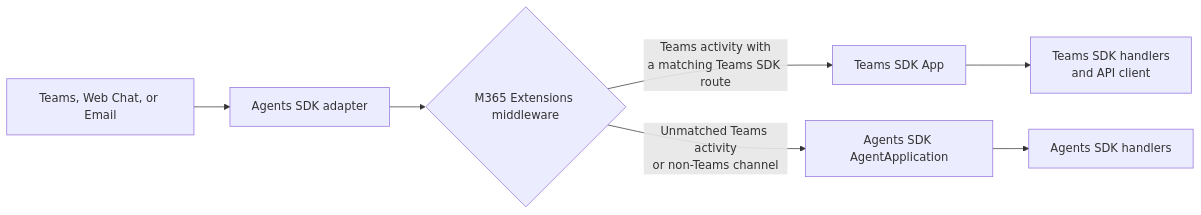
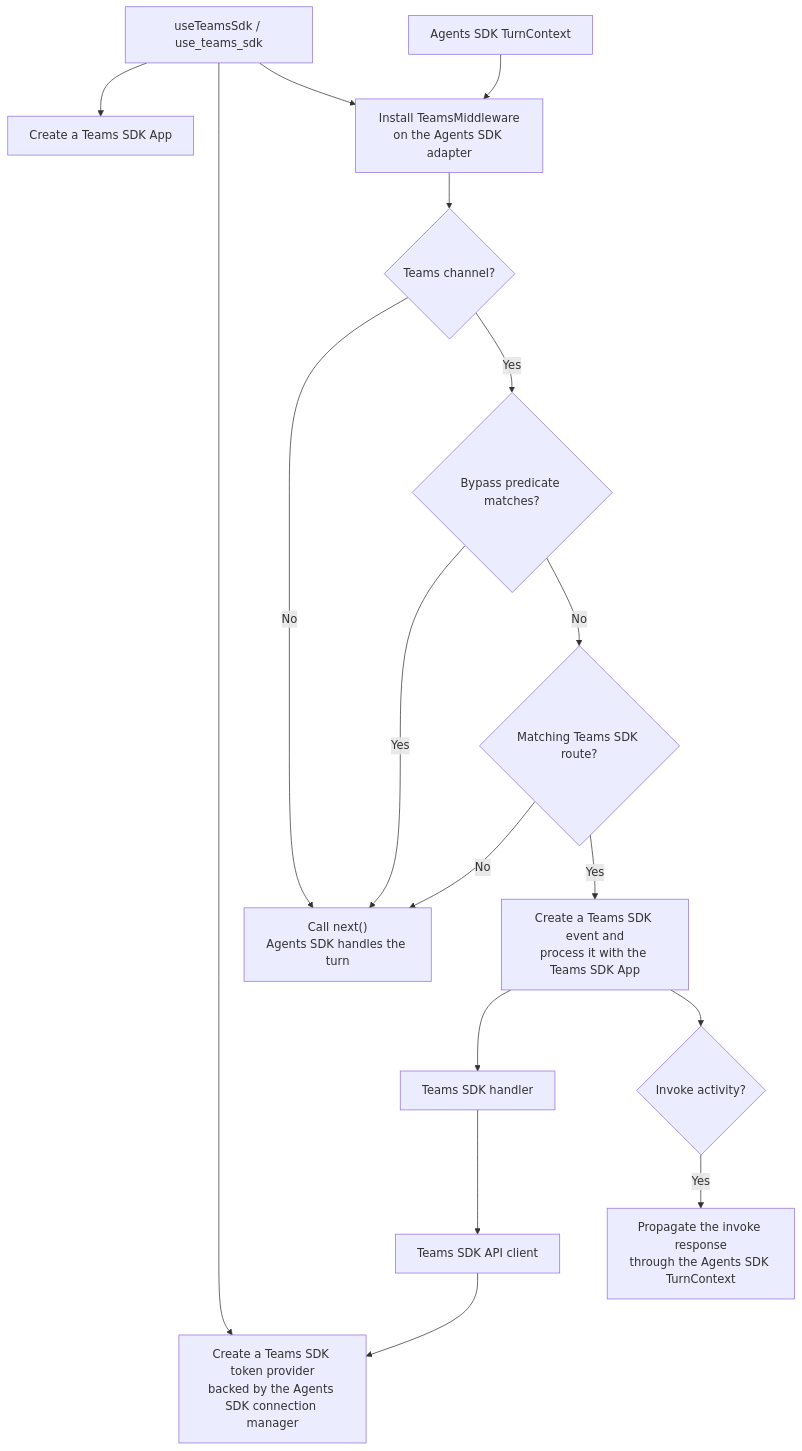
The diagram in teams.md/src/pages/templates/in-depth-guides/m365-extensions.mdx (microsoft/teams-sdk), drawn with Mermaid before and after one commit. The commit also changed other lines of this file, not shown here.

Commit message:
docs: explain M365 extension middleware flow

````diff
--- a/teams.md/src/pages/templates/in-depth-guides/m365-extensions.mdx
+++ b/teams.md/src/pages/templates/in-depth-guides/m365-extensions.mdx
@@ -17,9 +17,20 @@
 ```mermaid
-flowchart LR
-    Channels["Teams, Web Chat, or Email"] --> Adapter["Agents SDK adapter"]
-    Adapter --> Bridge{"M365 Extensions middleware"}
-    Bridge -->|"Teams activity with<br/>a matching Teams SDK route"| TeamsApp["Teams SDK App"]
-    TeamsApp --> TeamsHandlers["Teams SDK handlers<br/>and API client"]
-    Bridge -->|"Unmatched Teams activity<br/>or non-Teams channel"| AgentApp["Agents SDK AgentApplication"]
-    AgentApp --> AgentHandlers["Agents SDK handlers"]
+flowchart TD
+    Install["useTeamsSdk / use_teams_sdk"] --> Create["Create a Teams SDK App"]
+    Install --> TokenProvider["Create a Teams SDK token provider<br/>backed by the Agents SDK connection manager"]
+    Install --> Register["Install TeamsMiddleware<br/>on the Agents SDK adapter"]
+
+    Turn["Agents SDK TurnContext"] --> Register
+    Register --> IsTeams{"Teams channel?"}
+    IsTeams -->|"No"| Next["Call next()<br/>Agents SDK handles the turn"]
+    IsTeams -->|"Yes"| Bypass{"Bypass predicate matches?"}
+    Bypass -->|"Yes"| Next
+    Bypass -->|"No"| Match{"Matching Teams SDK route?"}
+    Match -->|"No"| Next
+    Match -->|"Yes"| Process["Create a Teams SDK event and<br/>process it with the Teams SDK App"]
+    Process --> Handler["Teams SDK handler"]
+    Handler --> Api["Teams SDK API client"]
+    Api --> TokenProvider
+    Process --> Invoke{"Invoke activity?"}
+    Invoke -->|"Yes"| Response["Propagate the invoke response<br/>through the Agents SDK TurnContext"]
 ```
````
